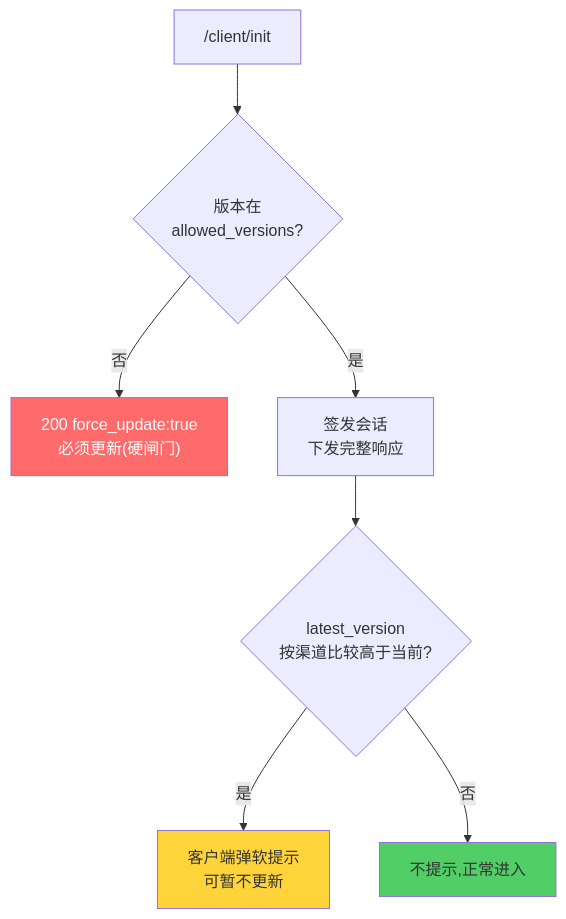
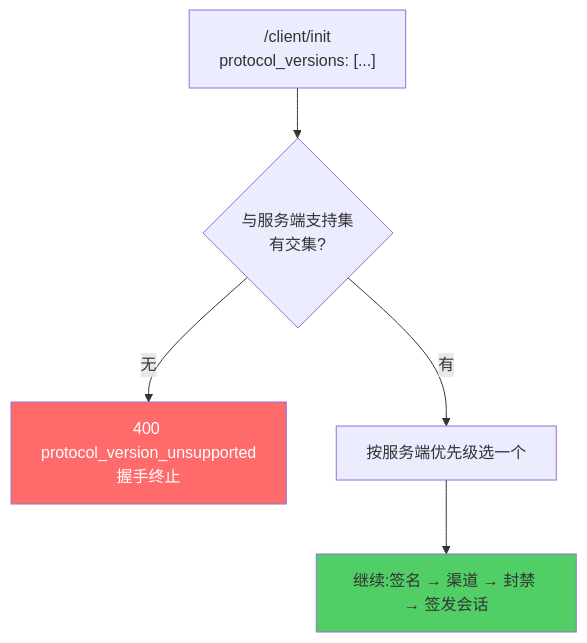
One commit to MagirecoCN-Revival-Project/magireco-cnv-server changed the diagram in docs/security/version-gates.md. Above: the diagram before and after it, drawn with Mermaid. The commit also changed other lines of this file and 32 other files, not shown here.

````diff
--- a/docs/security/version-gates.md
+++ b/docs/security/version-gates.md
@@ -13,13 +20,10 @@
 ```mermaid
 flowchart TB
-    REQ["/client/init"] --> H1{版本在<br/>allowed_versions?}
-    H1 -->|否| FORCE["200 force_update:true<br/>必须更新(硬闸门)"]
-    H1 -->|是| SIGNED["签发会话<br/>下发完整响应"]
-    SIGNED --> SOFT{latest_version<br/>按渠道比较高于当前?}
-    SOFT -->|是| TIP["客户端弹软提示<br/>可暂不更新"]
-    SOFT -->|否| SILENT["不提示,正常进入"]
+    REQ["/client/init<br/>protocol_versions: [...]"] --> X{与服务端支持集<br/>有交集?}
+    X -->|无| F["400 protocol_version_unsupported<br/>握手终止"]
+    X -->|有| PICK["按服务端优先级选一个"]
+    PICK --> NEXT["继续:签名 → 渠道 → 封禁 → 签发会话"]
 
-    style FORCE fill:#ff6b6b,color:#fff
-    style TIP fill:#ffd43b
-    style SILENT fill:#51cf66
+    style F fill:#ff6b6b,color:#fff
+    style NEXT fill:#51cf66
 ```
````
